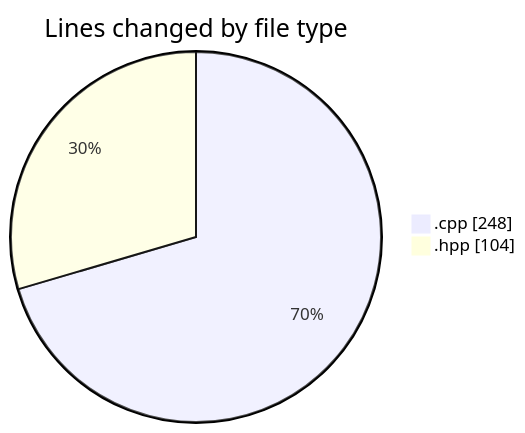
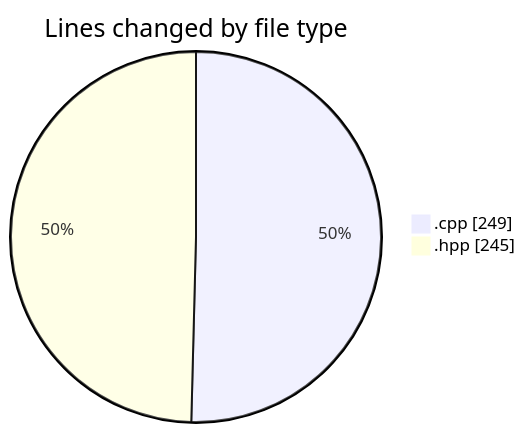
Before and after one commit to Netris89/code-tracking: the first of 2 diagrams in 2025-05-08/date/README.md, drawn with Mermaid. The commit also changed other lines of this file and 1 other file, not shown here.

````diff
--- a/2025-05-08/date/README.md
+++ b/2025-05-08/date/README.md
@@ -22,6 +23,6 @@
 ```mermaid
 pie showData
 title Lines changed by file type
-".cpp" : 248
-".hpp" : 104
+".cpp" : 249
+".hpp" : 245
 ```
````
